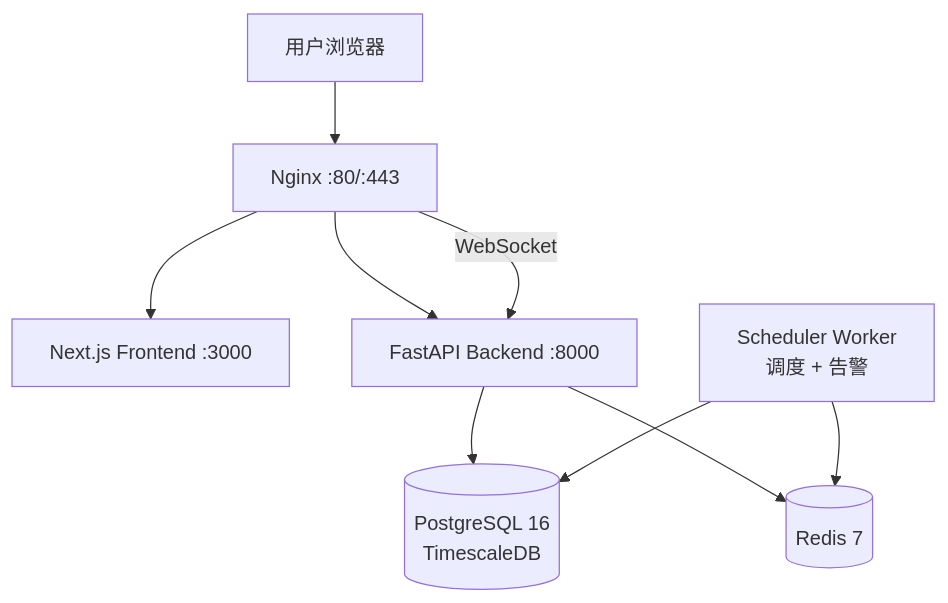
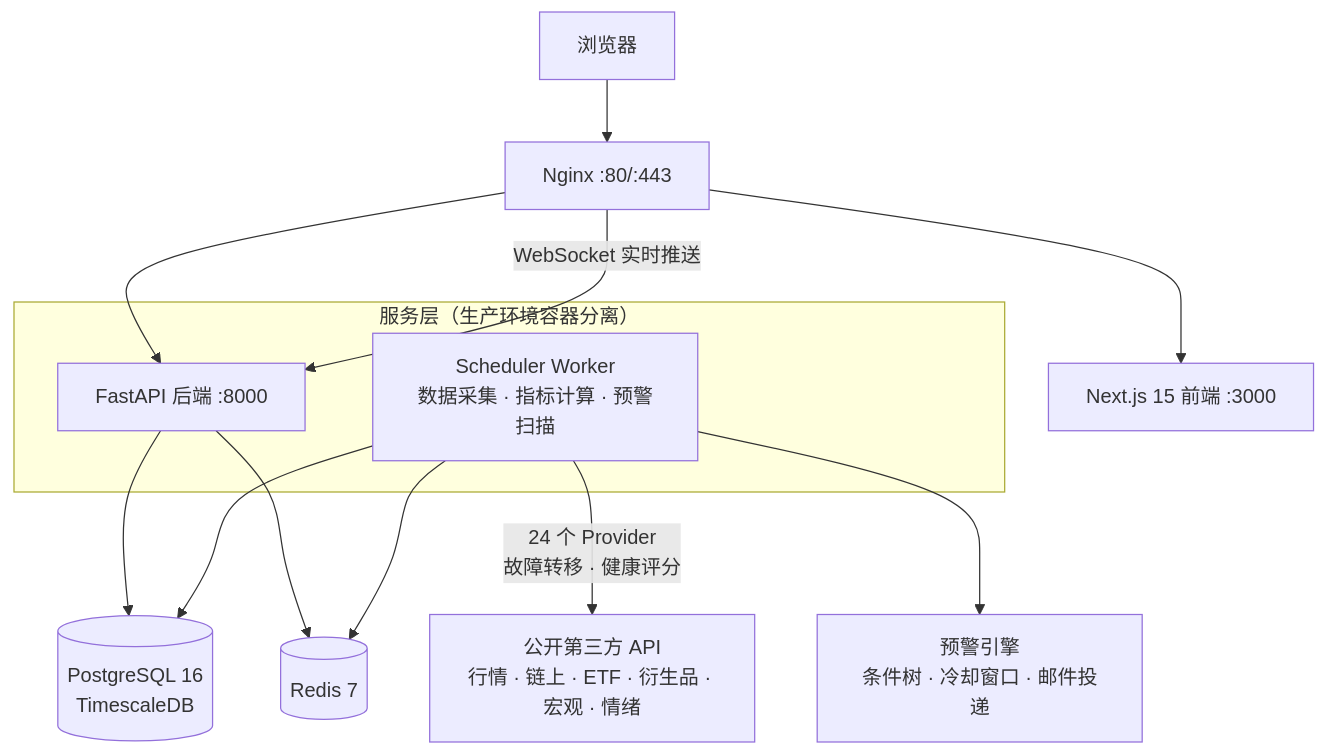
Before and after one commit to tanglx02/btc-intelligence-platform: the diagram in README.md, drawn with Mermaid. The commit also changed other lines of this file and 1 other file, not shown here.

````diff
--- a/README.md
+++ b/README.md
@@ -80,12 +151,19 @@
 ```mermaid
 graph TB
-    Client[用户浏览器] --> Nginx[Nginx :80/:443]
-    Nginx --> Frontend[Next.js Frontend :3000]
-    Nginx --> Backend[FastAPI Backend :8000]
-    Nginx -->|WebSocket| Backend
+    Browser[浏览器] --> Nginx[Nginx :80/:443]
+    Nginx --> FE[Next.js 15 前端 :3000]
+    Nginx --> API[FastAPI 后端 :8000]
+    Nginx -->|WebSocket 实时推送| API
 
-    Backend --> PG[(PostgreSQL 16<br/>TimescaleDB)]
-    Backend --> Redis[(Redis 7)]
-    Scheduler[Scheduler Worker<br/>调度 + 告警] --> PG
-    Scheduler --> Redis
+    subgraph SVC["服务层（生产环境容器分离）"]
+        API
+        SCHED[Scheduler Worker<br/>数据采集 · 指标计算 · 预警扫描]
+    end
+
+    API --> PG[(PostgreSQL 16<br/>TimescaleDB)]
+    API --> Redis[(Redis 7)]
+    SCHED --> PG
+    SCHED --> Redis
+    SCHED -->|24 个 Provider<br/>故障转移 · 健康评分| EXT[公开第三方 API<br/>行情 · 链上 · ETF · 衍生品 · 宏观 · 情绪]
+    SCHED --> ALERT[预警引擎<br/>条件树 · 冷却窗口 · 邮件投递]
 ```
````
